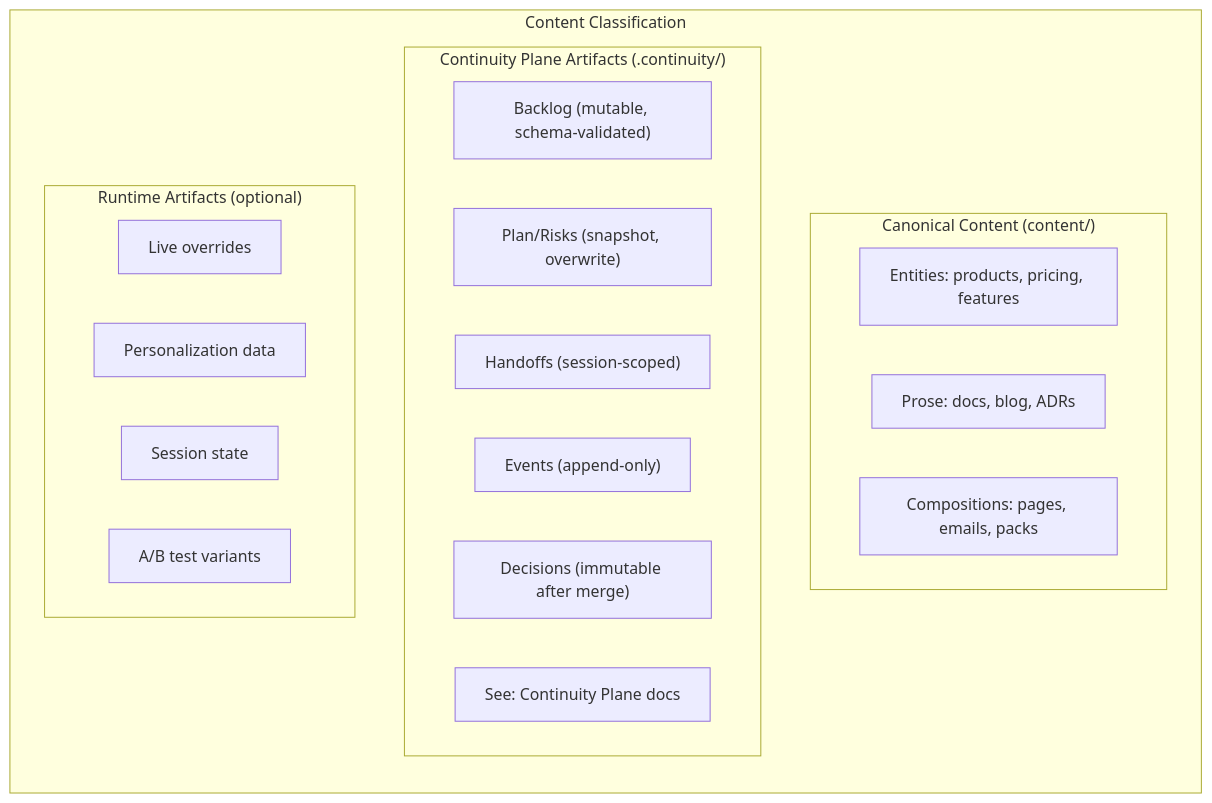
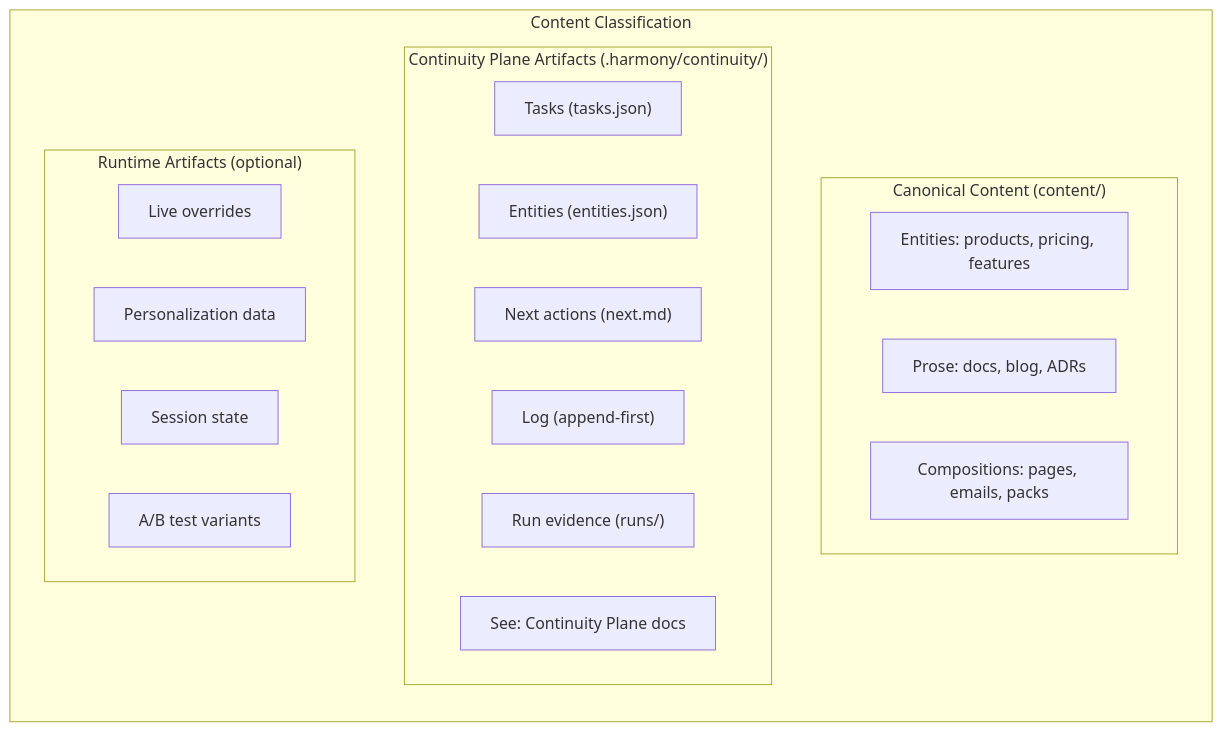
The fifth of 5 diagrams in .harmony/cognition/_meta/architecture/artifact-surface/architecture-diagram.md (jamesryancooper/harmony), drawn with Mermaid before and after one commit. The commit also changed other lines of this file and 41 other files, not shown here.

````diff
--- a/.harmony/cognition/_meta/architecture/artifact-surface/architecture-diagram.md
+++ b/.harmony/cognition/_meta/architecture/artifact-surface/architecture-diagram.md
@@ -179,28 +163,28 @@
 ```mermaid
 flowchart TB
   subgraph ContentTypes["Content Classification"]
     direction TB
 
     subgraph Canonical["Canonical Content (content/)"]
       CC1["Entities: products, pricing, features"]
       CC2["Prose: docs, blog, ADRs"]
       CC3["Compositions: pages, emails, packs"]
     end
 
-    subgraph Continuity["Continuity Plane Artifacts (.continuity/)"]
-      CA1["Backlog (mutable, schema-validated)"]
-      CA2["Plan/Risks (snapshot, overwrite)"]
-      CA3["Handoffs (session-scoped)"]
-      CA4["Events (append-only)"]
-      CA5["Decisions (immutable after merge)"]
+    subgraph Continuity["Continuity Plane Artifacts (.harmony/continuity/)"]
+      CA1["Tasks (tasks.json)"]
+      CA2["Entities (entities.json)"]
+      CA3["Next actions (next.md)"]
+      CA4["Log (append-first)"]
+      CA5["Run evidence (runs/)"]
       CA6["See: Continuity Plane docs"]
     end
 
     subgraph Runtime["Runtime Artifacts (optional)"]
       RC1["Live overrides"]
       RC2["Personalization data"]
       RC3["Session state"]
       RC4["A/B test variants"]
     end
   end
 ```
````
